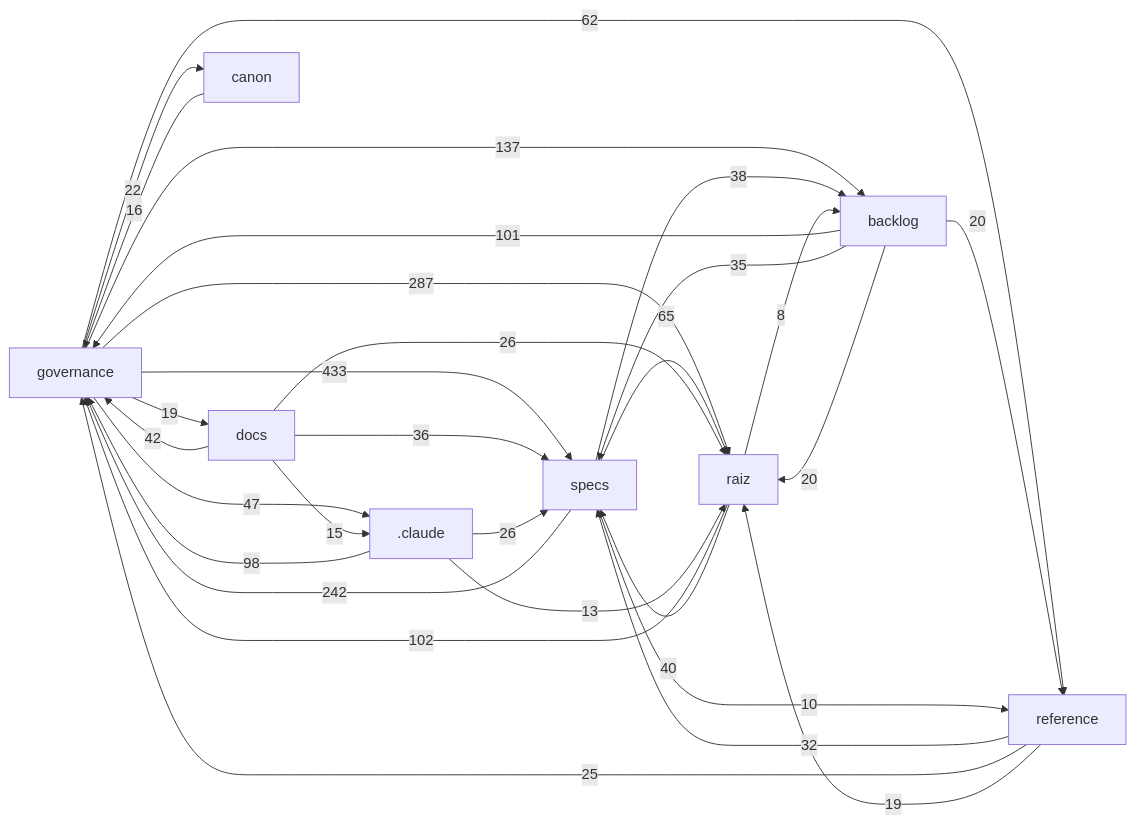
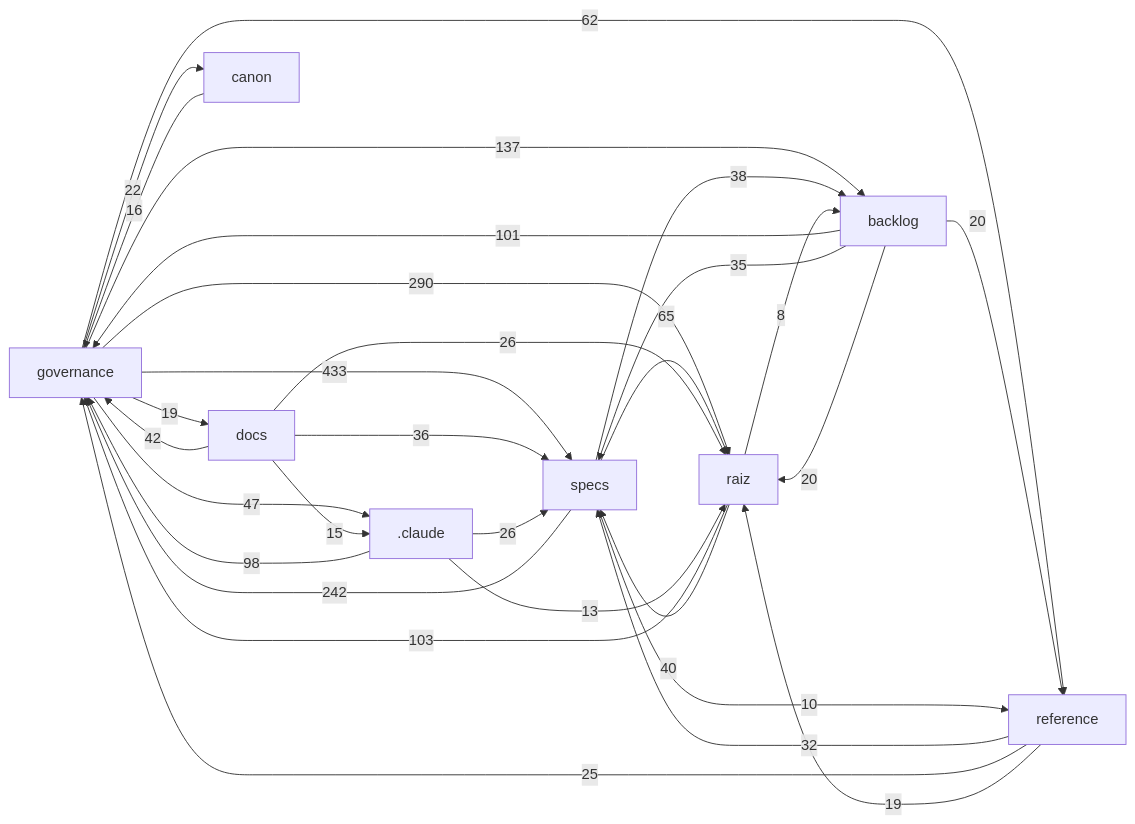
Before and after one commit to Andraus35/Sistema-Operacional-de-Trading--SOT: the diagram in docs/mapa/MAPA-PROJETO.md, drawn with Mermaid. The commit also changed other lines of this file and 4 other files, not shown here.

````diff
--- a/docs/mapa/MAPA-PROJETO.md
+++ b/docs/mapa/MAPA-PROJETO.md
@@ -29,32 +29,32 @@
 ```mermaid
 flowchart LR
   governance["governance"] -->|433| specs["specs"]
-  governance["governance"] -->|287| raiz["raiz"]
+  governance["governance"] -->|290| raiz["raiz"]
   specs["specs"] -->|242| governance["governance"]
   governance["governance"] -->|137| backlog["backlog"]
-  raiz["raiz"] -->|102| governance["governance"]
+  raiz["raiz"] -->|103| governance["governance"]
   backlog["backlog"] -->|101| governance["governance"]
   _claude[".claude"] -->|98| governance["governance"]
   specs["specs"] -->|65| raiz["raiz"]
   governance["governance"] -->|62| reference["reference"]
   governance["governance"] -->|47| _claude[".claude"]
   docs["docs"] -->|42| governance["governance"]
   raiz["raiz"] -->|40| specs["specs"]
   specs["specs"] -->|38| backlog["backlog"]
   docs["docs"] -->|36| specs["specs"]
   backlog["backlog"] -->|35| specs["specs"]
   reference["reference"] -->|32| specs["specs"]
   _claude[".claude"] -->|26| specs["specs"]
   docs["docs"] -->|26| raiz["raiz"]
   reference["reference"] -->|25| governance["governance"]
   governance["governance"] -->|22| canon["canon"]
   backlog["backlog"] -->|20| raiz["raiz"]
   backlog["backlog"] -->|20| reference["reference"]
   governance["governance"] -->|19| docs["docs"]
   reference["reference"] -->|19| raiz["raiz"]
   canon["canon"] -->|16| governance["governance"]
   docs["docs"] -->|15| _claude[".claude"]
   _claude[".claude"] -->|13| raiz["raiz"]
   specs["specs"] -->|10| reference["reference"]
   raiz["raiz"] -->|8| backlog["backlog"]
 ```
````
